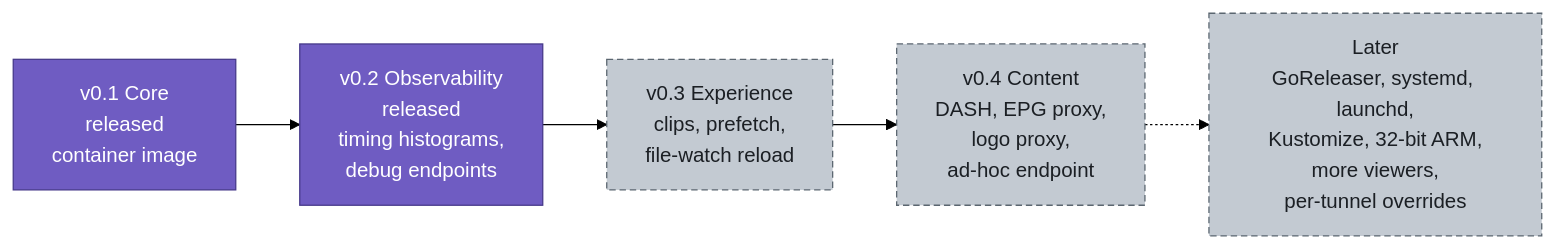
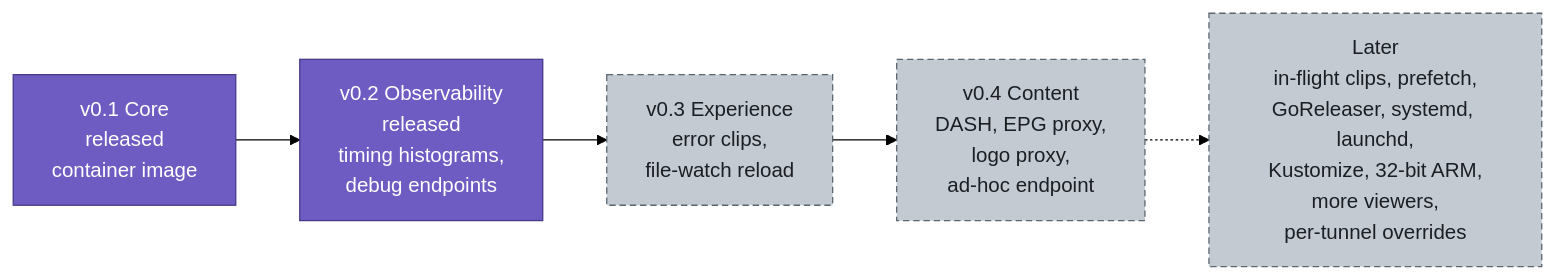
Diagram 15 of 17 in docs/architecture.md (KingOfKalk/wg-stream-proxy), drawn with Mermaid (forest theme) before and after one commit. The commit also changed other lines of this file and 14 other files, not shown here.

````diff
--- a/docs/architecture.md
+++ b/docs/architecture.md
@@ -876,12 +876,12 @@
 ```mermaid
 flowchart LR
     v01["v0.1 Core<br/>released<br/>container image"]:::proxy
     v02["v0.2 Observability<br/>released<br/>timing histograms,<br/>debug endpoints"]:::proxy
-    v03["v0.3 Experience<br/>clips, prefetch,<br/>file-watch reload"]:::later
+    v03["v0.3 Experience<br/>error clips,<br/>file-watch reload"]:::later
     v04["v0.4 Content<br/>DASH, EPG proxy,<br/>logo proxy,<br/>ad-hoc endpoint"]:::later
-    later["Later<br/>GoReleaser, systemd, launchd,<br/>Kustomize, 32-bit ARM,<br/>more viewers,<br/>per-tunnel overrides"]:::later
+    later["Later<br/>in-flight clips, prefetch,<br/>GoReleaser, systemd, launchd,<br/>Kustomize, 32-bit ARM,<br/>more viewers,<br/>per-tunnel overrides"]:::later
     v01 --> v02 --> v03 --> v04 -.-> later
 
     classDef proxy fill:#6f5cc2,stroke:#46398a,color:#ffffff
     classDef later fill:#c3cad2,stroke:#5b6670,color:#1b1f24,stroke-dasharray:5 3
 ```
````
